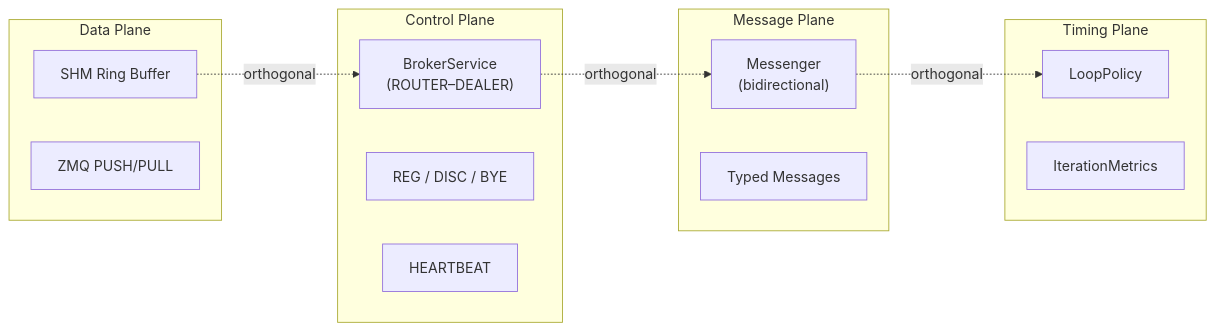
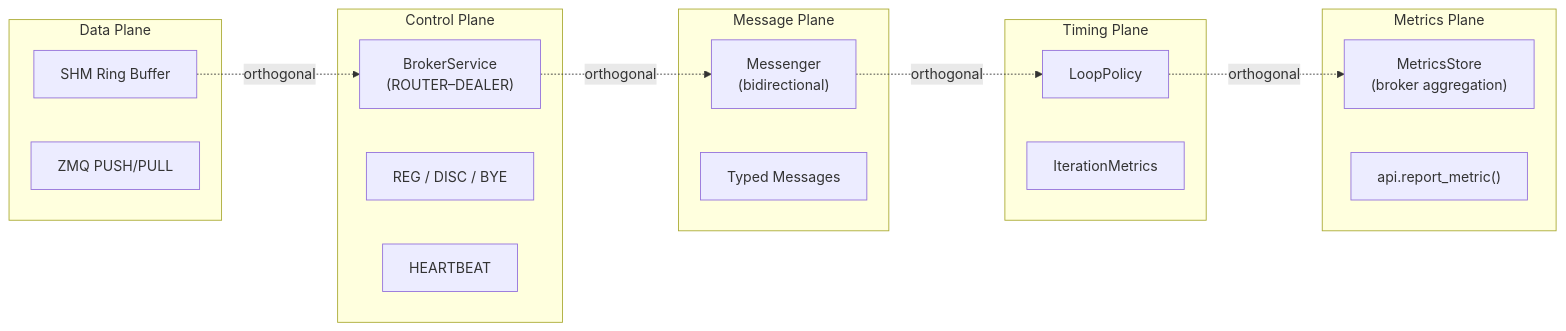
One commit to Qing-LAB/pylabhub changed the first of 3 diagrams in cpp/docs/HEP/HEP-CORE-0017-Pipeline-Architecture.md. Above: the diagram before and after it, drawn with Mermaid. The commit also changed other lines of this file and 7 other files, not shown here.

````diff
--- a/cpp/docs/HEP/HEP-CORE-0017-Pipeline-Architecture.md
+++ b/cpp/docs/HEP/HEP-CORE-0017-Pipeline-Architecture.md
@@ -44,27 +45,33 @@
 ```mermaid
 graph LR
     subgraph "Data Plane"
         DP_SHM["SHM Ring Buffer"]
         DP_ZMQ["ZMQ PUSH/PULL"]
     end
 
     subgraph "Control Plane"
         CP_BROKER["BrokerService<br/>(ROUTER–DEALER)"]
         CP_REG["REG / DISC / BYE"]
         CP_HB["HEARTBEAT"]
     end
 
     subgraph "Message Plane"
         MP_MSG["Messenger<br/>(bidirectional)"]
         MP_TYPED["Typed Messages"]
     end
 
     subgraph "Timing Plane"
         TP_LP["LoopPolicy"]
         TP_METRICS["IterationMetrics"]
     end
 
+    subgraph "Metrics Plane"
+        MET_STORE["MetricsStore<br/>(broker aggregation)"]
+        MET_API["api.report_metric()"]
+    end
+
     DP_SHM -.->|"orthogonal"| CP_BROKER
     CP_BROKER -.->|"orthogonal"| MP_MSG
     MP_MSG -.->|"orthogonal"| TP_LP
+    TP_LP -.->|"orthogonal"| MET_STORE
 ```
````
